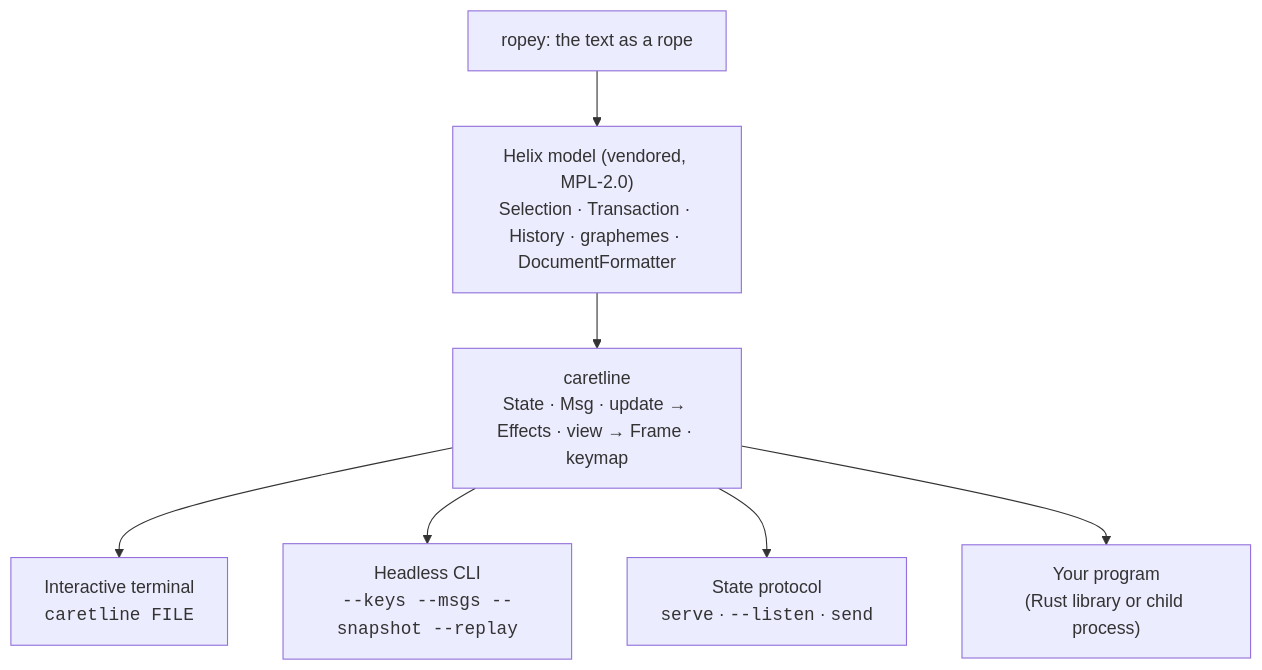
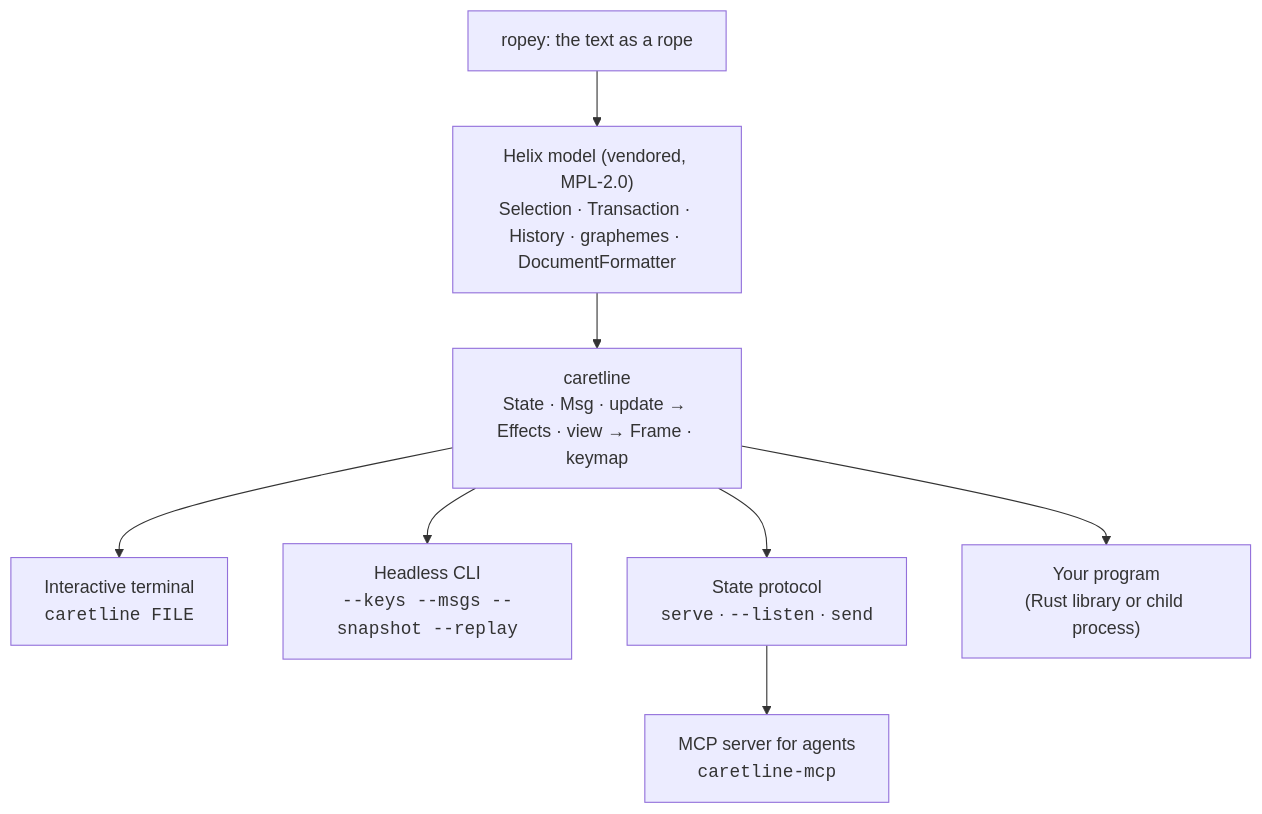
One commit to brancusi/thought-control changed the diagram in docs/caretline/README.md. Above: the diagram before and after it, drawn with Mermaid. The commit also changed other lines of this file and 15 other files, not shown here.

First line of the commit message:
caretline-mcp: an MCP server so agents edit a live caretline editor alongside a person

````diff
--- a/docs/caretline/README.md
+++ b/docs/caretline/README.md
@@ -45,11 +46,12 @@
 ```mermaid
 flowchart TB
     rope["ropey: the text as a rope"]
     helix["Helix model (vendored, MPL-2.0)<br/>Selection · Transaction · History · graphemes · DocumentFormatter"]
     elm["caretline<br/>State · Msg · update → Effects · view → Frame · keymap"]
     rope --> helix --> elm
     elm --> tty["Interactive terminal<br/><code>caretline FILE</code>"]
     elm --> cli["Headless CLI<br/><code>--keys --msgs --snapshot --replay</code>"]
     elm --> proto["State protocol<br/><code>serve</code> · <code>--listen</code> · <code>send</code>"]
     elm --> lib["Your program<br/>(Rust library or child process)"]
+    proto --> mcp["MCP server for agents<br/><code>caretline-mcp</code>"]
 ```
````
